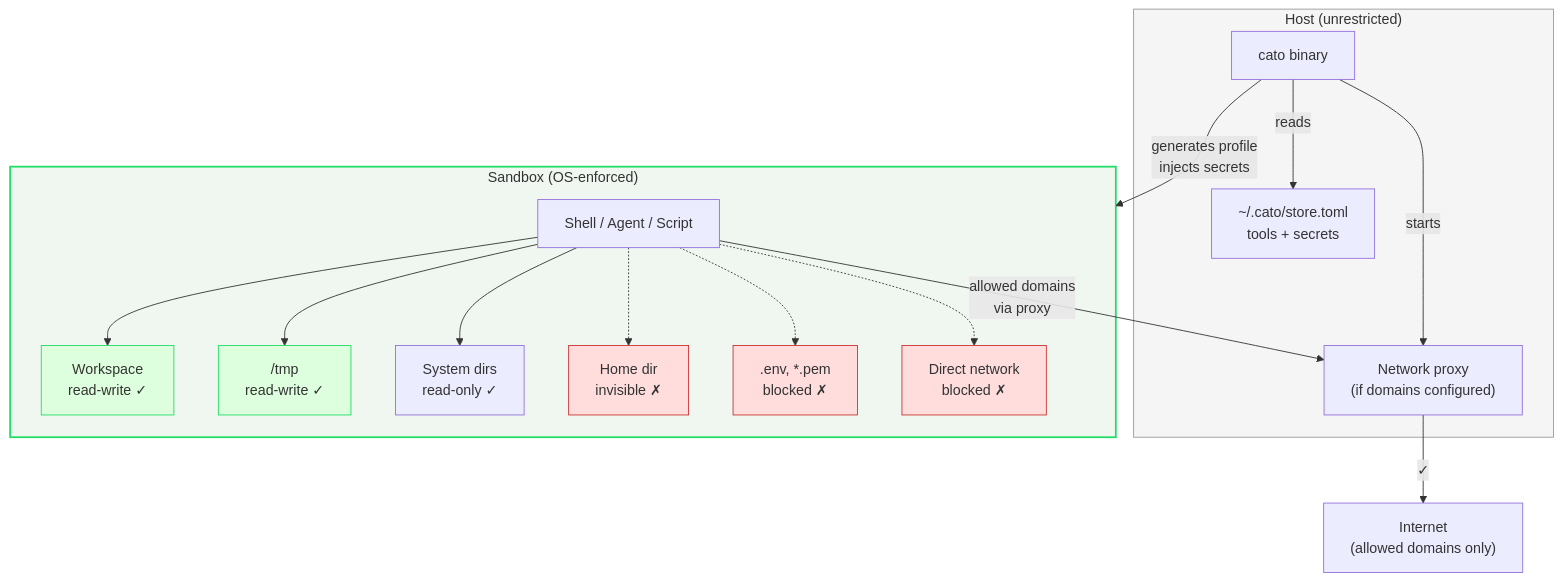
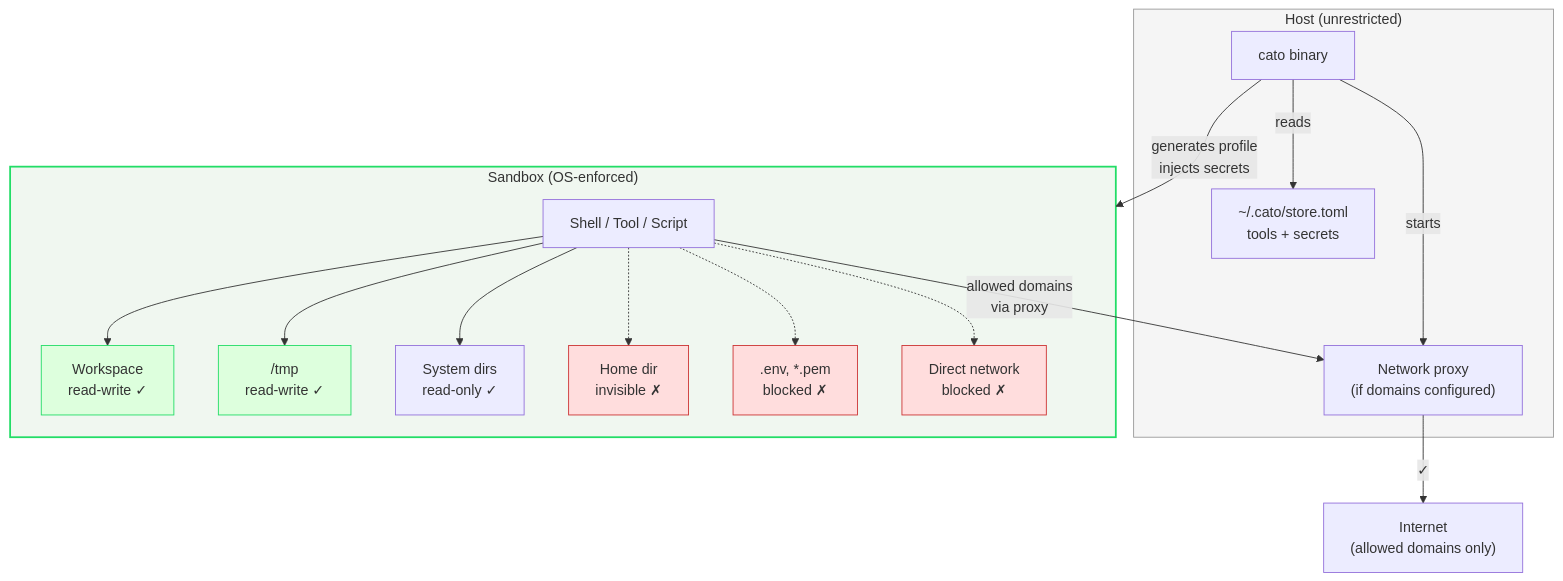
One commit to Harikrishnareddyl/cato changed the third of 3 diagrams in README.md. Above: the diagram before and after it, drawn with Mermaid. The commit also changed other lines of this file and 19 other files, not shown here.

````diff
--- a/README.md
+++ b/README.md
@@ -268,38 +275,38 @@
 ```mermaid
 graph TB
     subgraph Host ["Host (unrestricted)"]
         Store["~/.cato/store.toml\ntools + secrets"]
         Cato["cato binary"]
         Proxy["Network proxy\n(if domains configured)"]
     end
 
     subgraph SB ["Sandbox (OS-enforced)"]
-        Shell["Shell / Agent / Script"]
+        Shell["Shell / Tool / Script"]
         WS["Workspace\nread-write ✓"]
         Tmp["/tmp\nread-write ✓"]
         Sys["System dirs\nread-only ✓"]
         Home["Home dir\ninvisible ✗"]
         Secrets[".env, *.pem\nblocked ✗"]
         Net["Direct network\nblocked ✗"]
     end
 
     Cato -->|"reads"| Store
     Cato -->|"generates profile\ninjects secrets"| SB
     Cato -->|"starts"| Proxy
     Shell --> WS
     Shell --> Tmp
     Shell --> Sys
     Shell -.-> Home
     Shell -.-> Secrets
     Shell -.-> Net
     Shell -->|"allowed domains\nvia proxy"| Proxy
     Proxy -->|"✓"| Internet["Internet\n(allowed domains only)"]
 
     style SB fill:#f0f7f0,stroke:#2d6,stroke-width:2px
     style Host fill:#f5f5f5,stroke:#999
     style Home fill:#fdd,stroke:#c33
     style Secrets fill:#fdd,stroke:#c33
     style Net fill:#fdd,stroke:#c33
     style WS fill:#dfd,stroke:#2d6
     style Tmp fill:#dfd,stroke:#2d6
 ```
````
